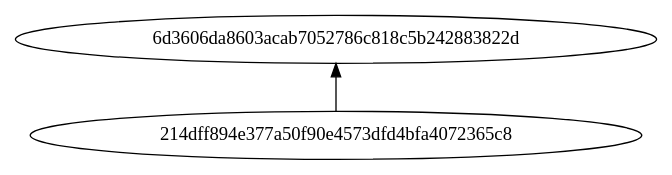
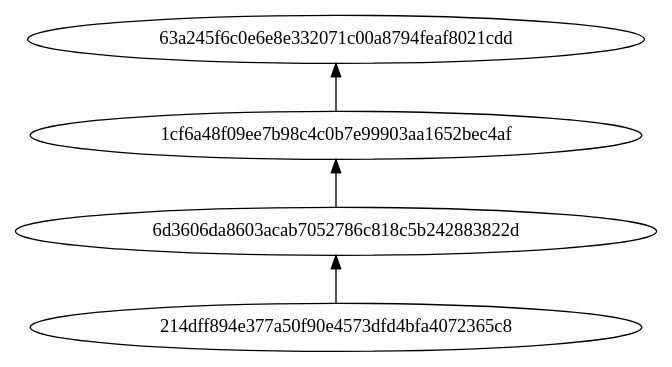
The diagram in task2/output.dot (Mirai588/config_dz), drawn with Graphviz before and after one commit. The commit also changed 5 other files, not shown here.

```diff
--- a/task2/output.dot
+++ b/task2/output.dot
@@ -1,7 +1,11 @@
 // Dependency Graph
 digraph {
 	rankdir=BT
 	"214dff894e377a50f90e4573dfd4bfa4072365c8" [label="214dff894e377a50f90e4573dfd4bfa4072365c8"]
 	"6d3606da8603acab7052786c818c5b242883822d" [label="6d3606da8603acab7052786c818c5b242883822d"]
 	"214dff894e377a50f90e4573dfd4bfa4072365c8" -> "6d3606da8603acab7052786c818c5b242883822d"
+	"1cf6a48f09ee7b98c4c0b7e99903aa1652bec4af" [label="1cf6a48f09ee7b98c4c0b7e99903aa1652bec4af"]
+	"6d3606da8603acab7052786c818c5b242883822d" -> "1cf6a48f09ee7b98c4c0b7e99903aa1652bec4af"
+	"63a245f6c0e6e8e332071c00a8794feaf8021cdd" [label="63a245f6c0e6e8e332071c00a8794feaf8021cdd"]
+	"1cf6a48f09ee7b98c4c0b7e99903aa1652bec4af" -> "63a245f6c0e6e8e332071c00a8794feaf8021cdd"
 }
```
